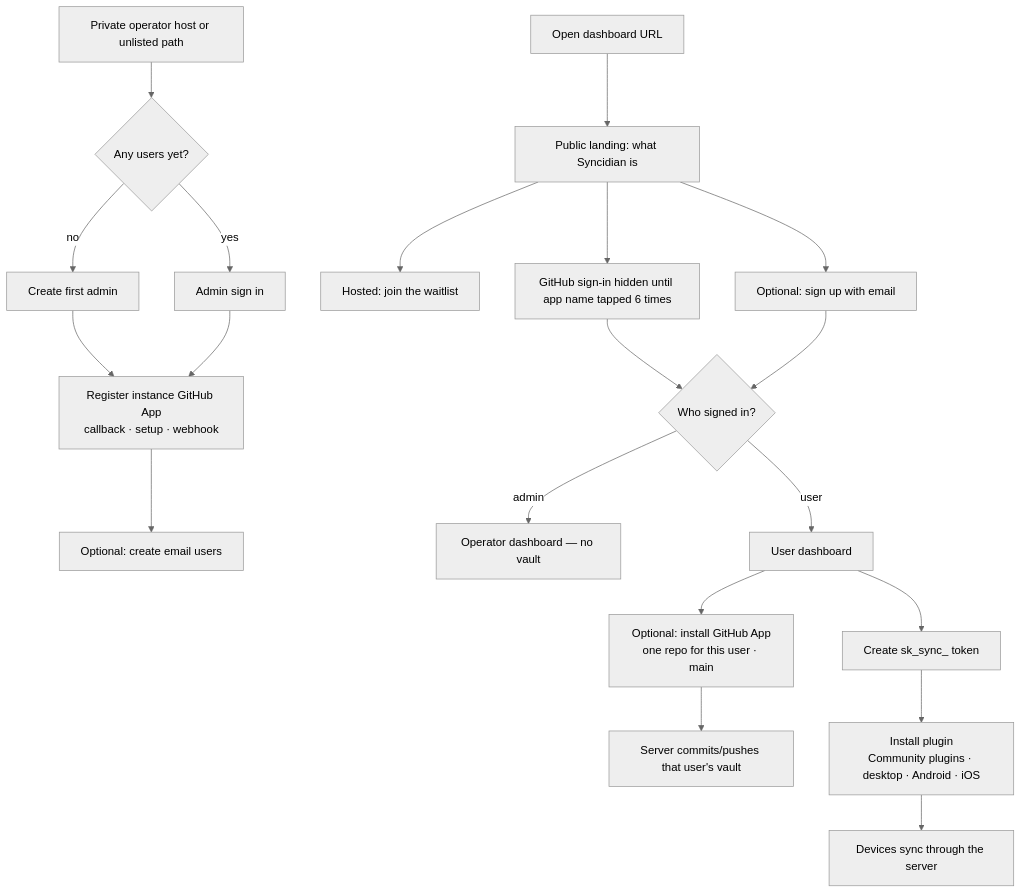
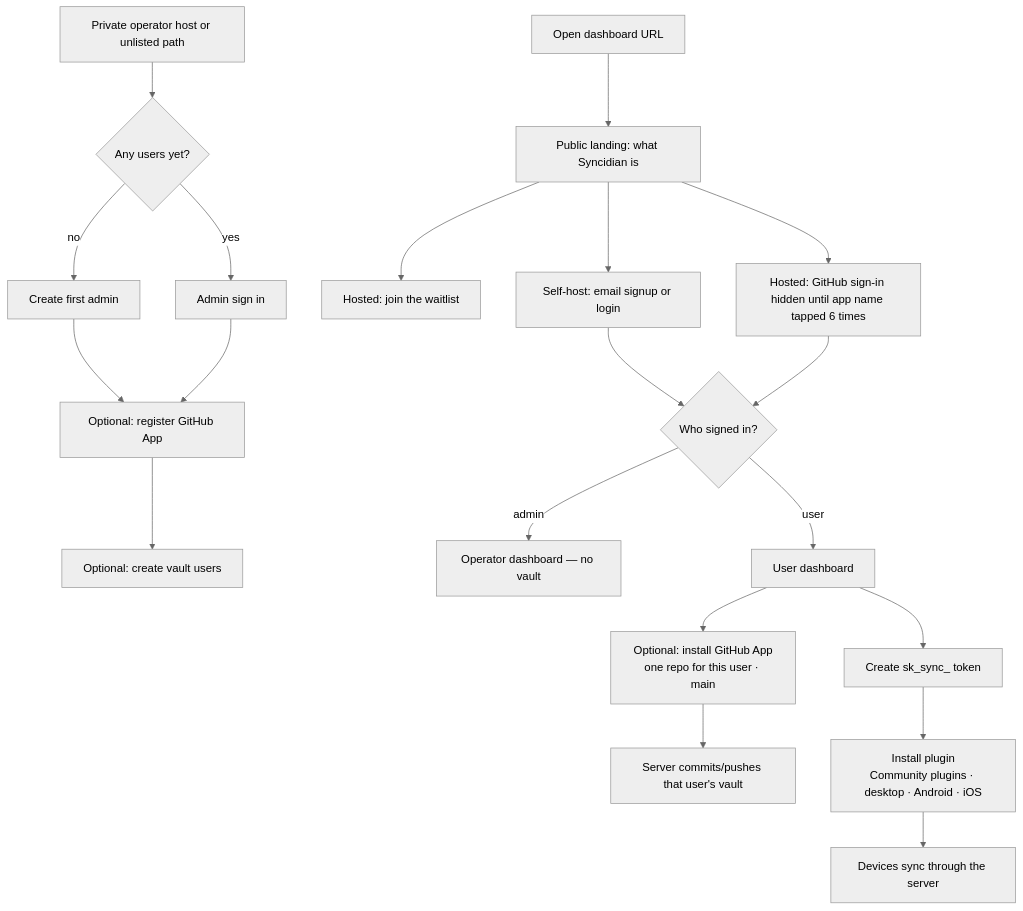
One commit to shangeethsivan/Syncidian changed the second of 7 diagrams in README.md. Above: the diagram before and after it, drawn with Mermaid (neutral theme). The commit also changed other lines of this file and 14 other files, not shown here.

First line of the commit message:
Use GitHub on Syncidian.com and email on self-hosted hosts.

````diff
--- a/README.md
+++ b/README.md
@@ -237,23 +237,23 @@
 ```mermaid
 flowchart TD
   Open["Open dashboard URL"] --> Land["Public landing: what Syncidian is"]
   Land --> Wait["Hosted: join the waitlist"]
-  Land --> GHSign["GitHub sign-in hidden until app name tapped 6 times"]
-  Land --> Email["Optional: sign up with email"]
+  Land --> Email["Self-host: email signup or login"]
+  Land --> GHSign["Hosted: GitHub sign-in hidden until app name tapped 6 times"]
   Ops["Private operator host or unlisted path"] --> First{"Any users yet?"}
   First -->|no| Admin["Create first admin"]
   First -->|yes| AdminLogin["Admin sign in"]
-  Admin --> App["Register instance GitHub App<br/>callback · setup · webhook"]
-  AdminLogin --> App
-  App --> Users["Optional: create email users"]
+  Admin --> Ready["Optional: register GitHub App"]
+  AdminLogin --> Ready
+  Ready --> Users["Optional: create vault users"]
 
+  Email --> Role{"Who signed in?"}
   GHSign --> Role{"Who signed in?"}
-  Email --> Role
   Role -->|admin| AdminHome["Operator dashboard — no vault"]
   Role -->|user| UserHome["User dashboard"]
   UserHome --> Repo["Optional: install GitHub App<br/>one repo for this user · main"]
   UserHome --> Tok["Create sk_sync_ token"]
   Tok --> Plug["Install plugin<br/>Community plugins · desktop · Android · iOS"]
   Plug --> Sync["Devices sync through the server"]
   Repo --> Backup["Server commits/pushes that user's vault"]
 ```
````
